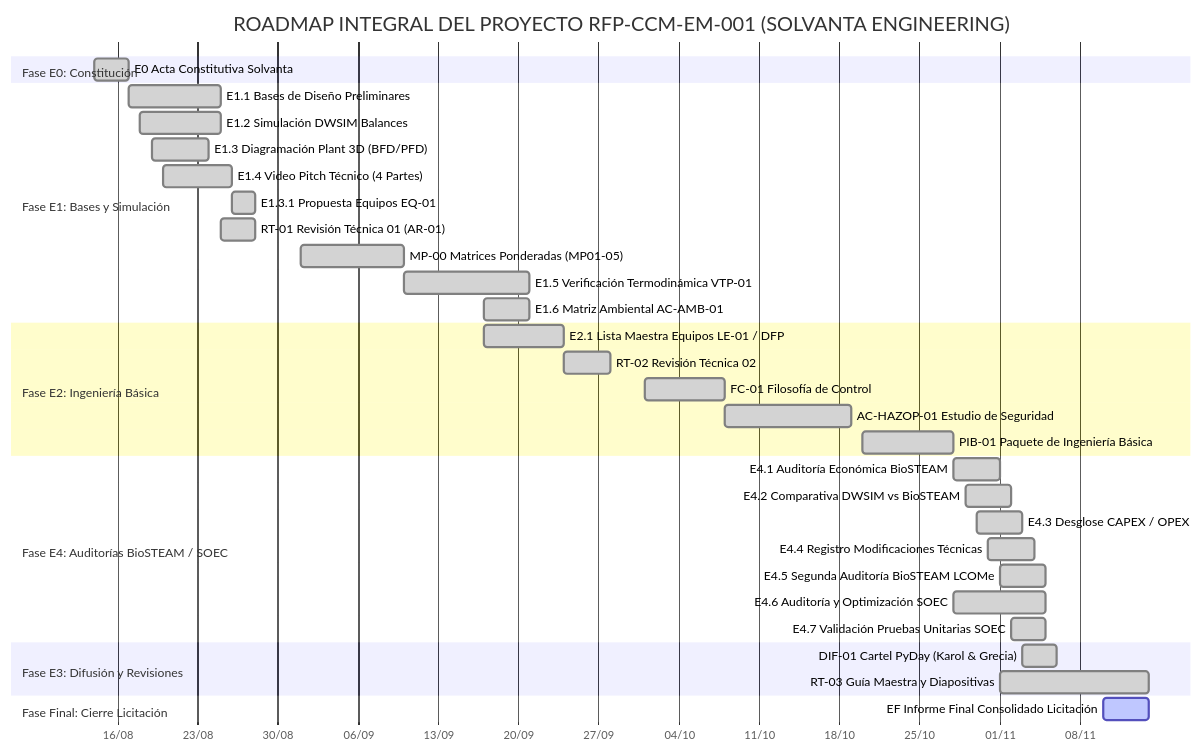
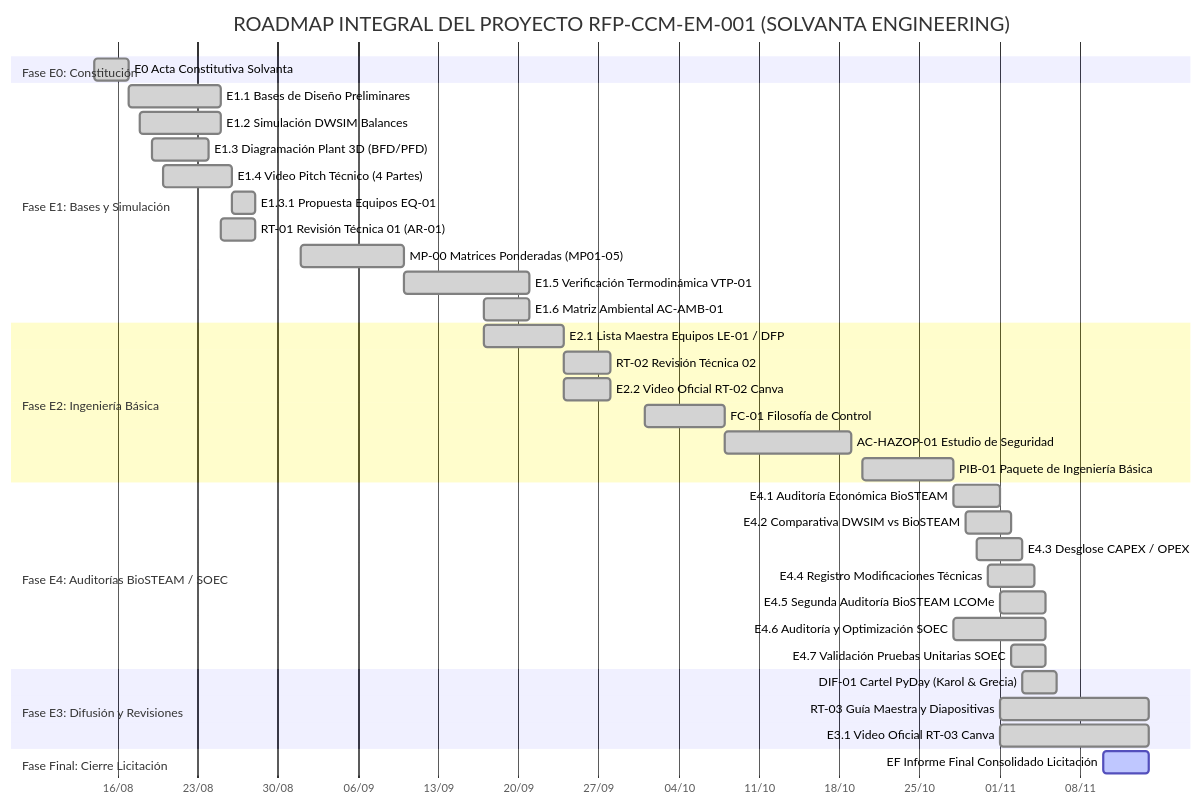
The diagram in 00_Gestion_Proyecto/Documentacion/CRONOGRAMA_PROYECTO.md (karolcamachol29-sudo/RFP-CCM-EM-001), drawn with Mermaid before and after one commit. The commit also changed other lines of this file and 17 other files, not shown here.

````diff
--- a/00_Gestion_Proyecto/Documentacion/CRONOGRAMA_PROYECTO.md
+++ b/00_Gestion_Proyecto/Documentacion/CRONOGRAMA_PROYECTO.md
@@ -65,43 +67,45 @@
 ```mermaid
 gantt
     title ROADMAP INTEGRAL DEL PROYECTO RFP-CCM-EM-001 (SOLVANTA ENGINEERING)
     dateFormat  YYYY-MM-DD
     axisFormat  %d/%m
     
     section Fase E0: Constitución
     E0 Acta Constitutiva Solvanta           :done, e0, 2026-08-14, 2026-08-17
     
     section Fase E1: Bases y Simulación
     E1.1 Bases de Diseño Preliminares       :done, e11, 2026-08-17, 2026-08-25
     E1.2 Simulación DWSIM Balances          :done, e12, 2026-08-18, 2026-08-25
     E1.3 Diagramación Plant 3D (BFD/PFD)    :done, e13, 2026-08-19, 2026-08-24
     E1.4 Video Pitch Técnico (4 Partes)     :done, e14, 2026-08-20, 2026-08-26
     E1.3.1 Propuesta Equipos EQ-01          :done, e131, 2026-08-26, 2026-08-28
     RT-01 Revisión Técnica 01 (AR-01)       :done, rt01, 2026-08-25, 2026-08-28
     MP-00 Matrices Ponderadas (MP01-05)     :done, mp00, 2026-09-01, 2026-09-10
     E1.5 Verificación Termodinámica VTP-01  :done, e15, 2026-09-10, 2026-09-21
     E1.6 Matriz Ambiental AC-AMB-01         :done, e16, 2026-09-17, 2026-09-21
     
     section Fase E2: Ingeniería Básica
     E2.1 Lista Maestra Equipos LE-01 / DFP  :done, e21, 2026-09-17, 2026-09-24
     RT-02 Revisión Técnica 02               :done, rt02, 2026-09-24, 2026-09-28
+    E2.2 Video Oficial RT-02 Canva          :done, e22, 2026-09-24, 2026-09-28
     FC-01 Filosofía de Control              :done, fc01, 2026-10-01, 2026-10-08
     AC-HAZOP-01 Estudio de Seguridad        :done, hazop, 2026-10-08, 2026-10-19
     PIB-01 Paquete de Ingeniería Básica     :done, pib, 2026-10-20, 2026-10-28
     
     section Fase E4: Auditorías BioSTEAM / SOEC
     E4.1 Auditoría Económica BioSTEAM       :done, e41, 2026-10-28, 2026-11-01
     E4.2 Comparativa DWSIM vs BioSTEAM      :done, e42, 2026-10-29, 2026-11-02
     E4.3 Desglose CAPEX / OPEX              :done, e43, 2026-10-30, 2026-11-03
     E4.4 Registro Modificaciones Técnicas   :done, e44, 2026-10-31, 2026-11-04
     E4.5 Segunda Auditoría BioSTEAM LCOMe   :done, e45, 2026-11-01, 2026-11-05
     E4.6 Auditoría y Optimización SOEC      :done, e46, 2026-10-28, 2026-11-05
     E4.7 Validación Pruebas Unitarias SOEC  :done, e47, 2026-11-02, 2026-11-05
     
     section Fase E3: Difusión y Revisiones
     DIF-01 Cartel PyDay (Karol & Grecia)    :done, dif01, 2026-11-03, 2026-11-06
     RT-03 Guía Maestra y Diapositivas       :done, rt03, 2026-11-01, 2026-11-14
+    E3.1 Video Oficial RT-03 Canva          :done, e31, 2026-11-01, 2026-11-14
     
     section Fase Final: Cierre Licitación
     EF Informe Final Consolidado Licitación :active, ef, 2026-11-10, 2026-11-14
 ```
````
